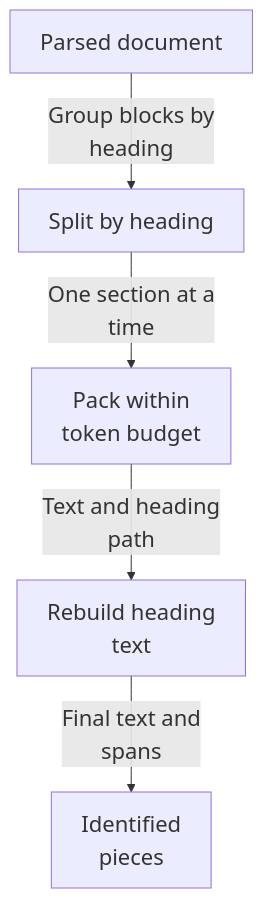
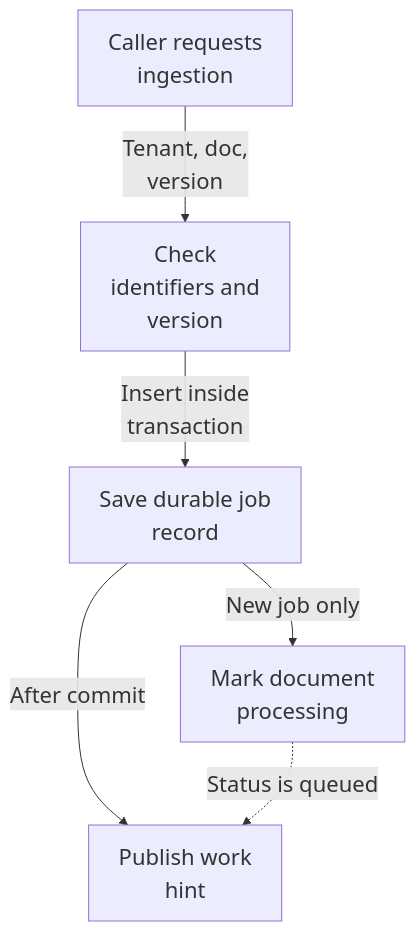
The diagram in overview/diagram-05.mmd (Justin-Mendoza/Afterclass), drawn with Mermaid before and after one commit. The commit also changed 85 other files, not shown here.

```diff
--- a/overview/diagram-05.mmd
+++ b/overview/diagram-05.mmd
@@ -1,11 +1,12 @@
 %%{init: {"themeVariables": {"fontSize": "22px"}}}%%
 flowchart TD
-  n0["Parsed document"]
-  n1["Split by heading"]
-  n2["Pack within<br/>token budget"]
-  n3["Rebuild heading<br/>text"]
-  n4["Identified<br/>pieces"]
-  n0 -->|"Group blocks by<br/>heading"| n1
-  n1 -->|"One section at a<br/>time"| n2
-  n2 -->|"Text and heading<br/>path"| n3
-  n3 -->|"Final text and<br/>spans"| n4
+  n0["Caller requests<br/>ingestion"]
+  n1["Check<br/>identifiers and<br/>version"]
+  n2["Save durable job<br/>record"]
+  n3["Mark document<br/>processing"]
+  n4["Publish work<br/>hint"]
+  n0 -->|"Tenant, doc,<br/>version"| n1
+  n1 -->|"Insert inside<br/>transaction"| n2
+  n2 -->|"New job only"| n3
+  n2 -->|"After commit"| n4
+  n3 -.->|"Status is queued"| n4
```
